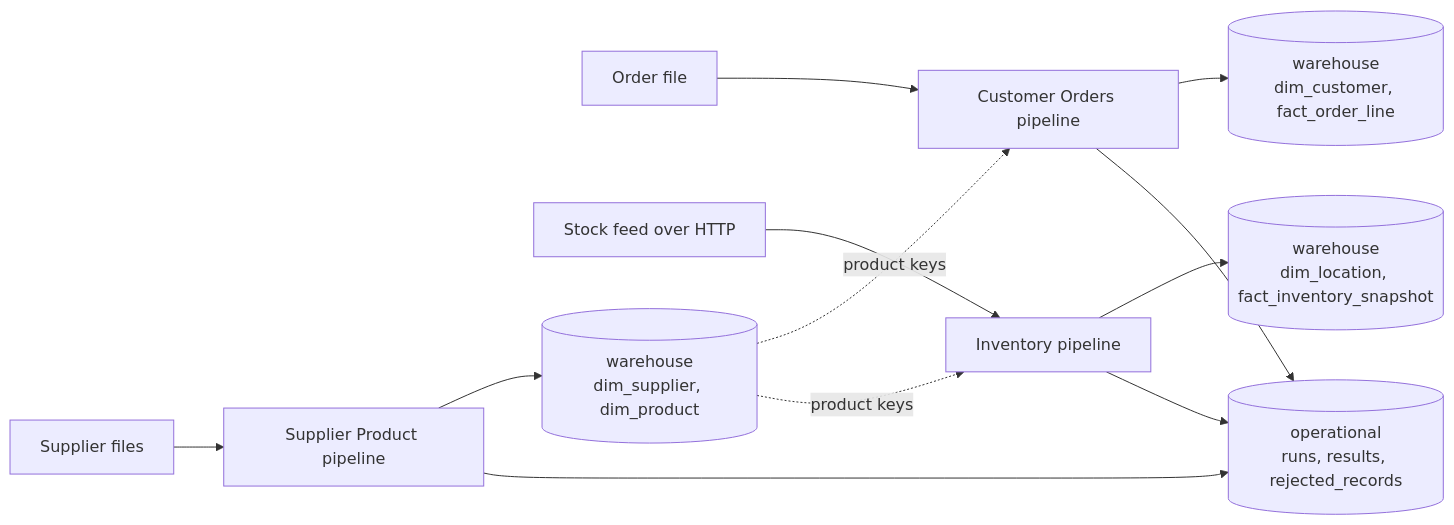
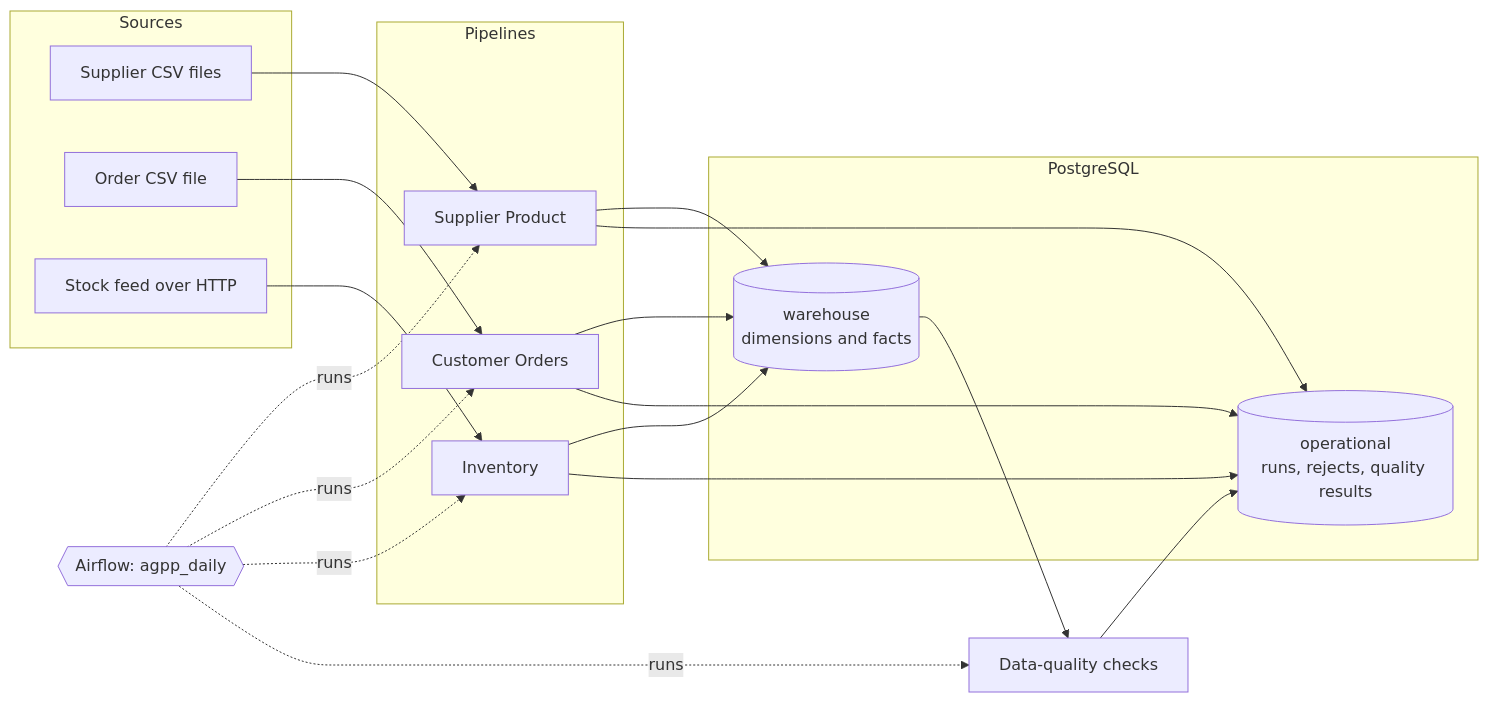
One commit to yaya-soumah/agpp-data-platform changed the first of 4 diagrams in README.md. Above: the diagram before and after it, drawn with Mermaid. The commit also changed other lines of this file and 5 other files, not shown here.

````diff
--- a/README.md
+++ b/README.md
@@ -32,14 +34,29 @@
 ```mermaid
 flowchart LR
-    SF[Supplier files] --> SP[Supplier Product pipeline]
-    OF[Order file] --> CO[Customer Orders pipeline]
-    API[Stock feed over HTTP] --> INV[Inventory pipeline]
-    SP --> DS[("warehouse<br/>dim_supplier, dim_product")]
-    CO --> DC[("warehouse<br/>dim_customer, fact_order_line")]
-    INV --> DL[("warehouse<br/>dim_location, fact_inventory_snapshot")]
-    DS -. product keys .-> CO
-    DS -. product keys .-> INV
-    SP --> OP[("operational<br/>runs, results, rejected_records")]
+    subgraph Sources
+        SF[Supplier CSV files]
+        OF[Order CSV file]
+        API[Stock feed over HTTP]
+    end
+    subgraph Pipelines
+        SP[Supplier Product]
+        CO[Customer Orders]
+        INV[Inventory]
+    end
+    subgraph PostgreSQL
+        WH[("warehouse<br/>dimensions and facts")]
+        OP[("operational<br/>runs, rejects, quality results")]
+    end
+    SF --> SP --> WH
+    OF --> CO --> WH
+    API --> INV --> WH
+    SP --> OP
     CO --> OP
     INV --> OP
+    WH --> DQ[Data-quality checks]
+    DQ --> OP
+    AF{{"Airflow: agpp_daily"}} -. runs .-> SP
+    AF -. runs .-> CO
+    AF -. runs .-> INV
+    AF -. runs .-> DQ
 ```
````
